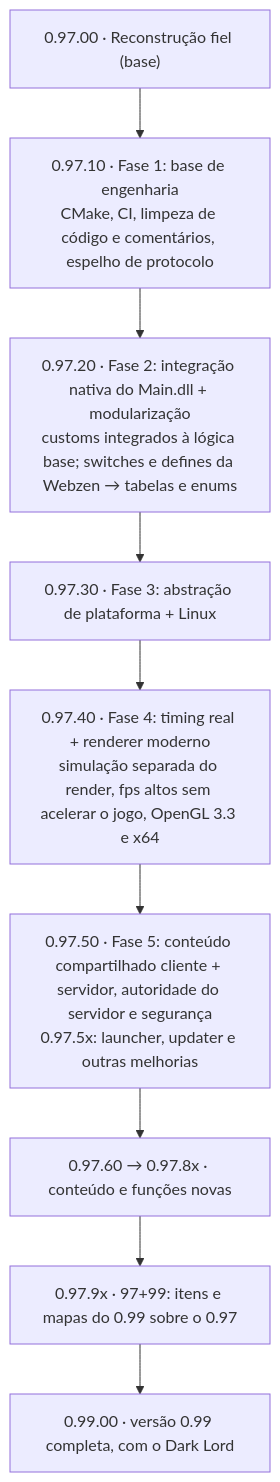
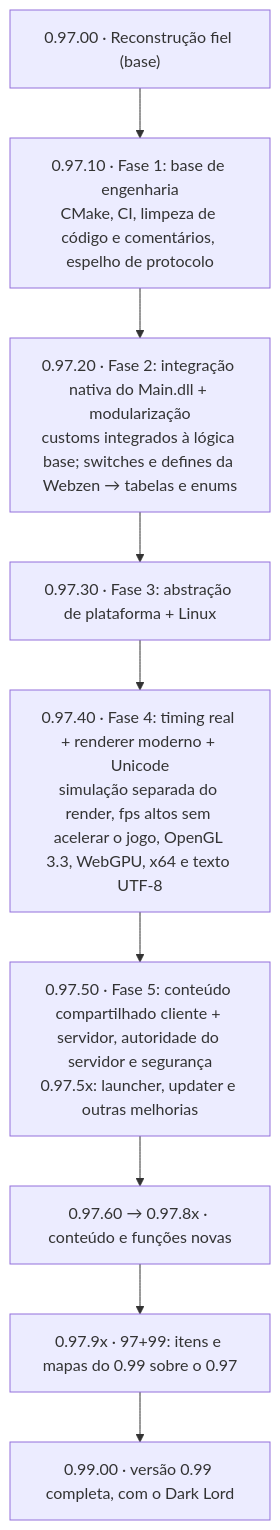
Before and after one commit to EmanuelCatania/Mu-97k-Client-Source: the first of 2 diagrams in README.pt-BR.md, drawn with Mermaid. The commit also changed other lines of this file and 3 other files, not shown here.

First line of the commit message:
README: Fase 4 (0.97.40), render, textos y Unicode

````diff
--- a/README.pt-BR.md
+++ b/README.pt-BR.md
@@ -559,12 +674,12 @@
 ```mermaid
 flowchart TD
     F0["0.97.00 · Reconstrução fiel (base)"] --> F1
     F1["0.97.10 · Fase 1: base de engenharia<br/>CMake, CI, limpeza de código e comentários, espelho de protocolo"] --> F2
     F2["0.97.20 · Fase 2: integração nativa do Main.dll + modularização<br/>customs integrados à lógica base; switches e defines da Webzen → tabelas e enums"] --> F3
     F3["0.97.30 · Fase 3: abstração de plataforma + Linux"] --> F4
-    F4["0.97.40 · Fase 4: timing real + renderer moderno<br/>simulação separada do render, fps altos sem acelerar o jogo, OpenGL 3.3 e x64"] --> F5
+    F4["0.97.40 · Fase 4: timing real + renderer moderno + Unicode<br/>simulação separada do render, fps altos sem acelerar o jogo, OpenGL 3.3, WebGPU, x64 e texto UTF-8"] --> F5
     F5["0.97.50 · Fase 5: conteúdo compartilhado cliente + servidor, autoridade do servidor e segurança<br/>0.97.5x: launcher, updater e outras melhorias"] --> F6
     F6["0.97.60 → 0.97.8x · conteúdo e funções novas"] --> F9
     F9["0.97.9x · 97+99: itens e mapas do 0.99 sobre o 0.97"] --> V99
     V99["0.99.00 · versão 0.99 completa, com o Dark Lord"]
 ```
````
